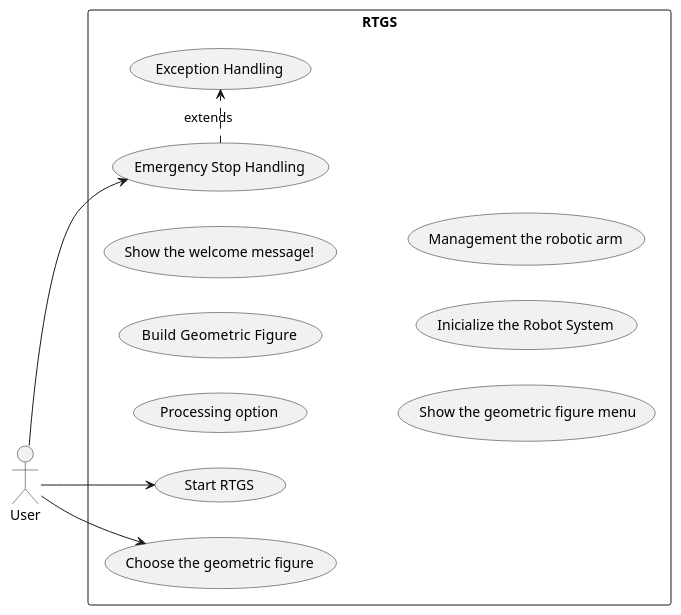
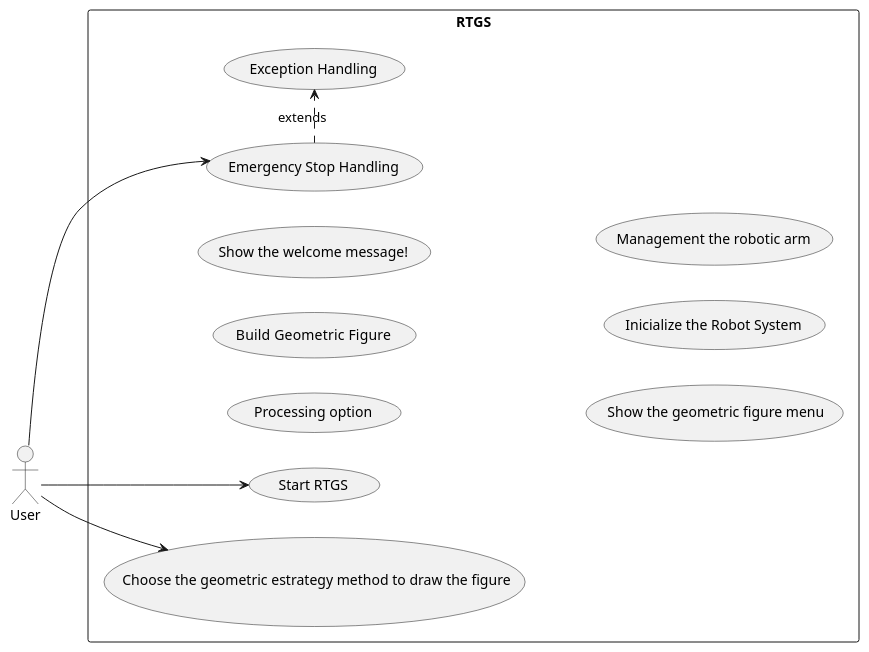
The diagram in useCaseUser.plantuml (MarcioFreitasUFSC21/RTGS-Master-Course-System), drawn with PlantUML before and after one commit. The commit also changed 1 other file, not shown here.

Commit message:
Change the user case number 1 to include the geometric figure math

```diff
--- a/useCaseUser.plantuml
+++ b/useCaseUser.plantuml
@@ -1,20 +1,20 @@
 @startuml
 left to right direction
 actor "User" as user
 rectangle RTGS {
 usecase " Start RTGS" as UC1
-usecase " Choose the geometric figure" as UC2
+usecase " Choose the geometric estrategy method to draw the figure" as UC2
 usecase " Emergency Stop Handling" as UC3
 usecase " Exception Handling" as UC4
 usecase " Processing option" as UC5
 usecase " Build  Geometric Figure" as UC6
 usecase " Show the welcome message!" as UC7
 usecase " Show the geometric figure menu" as UC8
 usecase " Inicialize the Robot System" as UC10
 usecase " Management the robotic arm" as UC11
 }
 user --> UC1
 user --> UC2
 user --> UC3
 (UC3) .> (UC4): extends 
 @enduml
```
